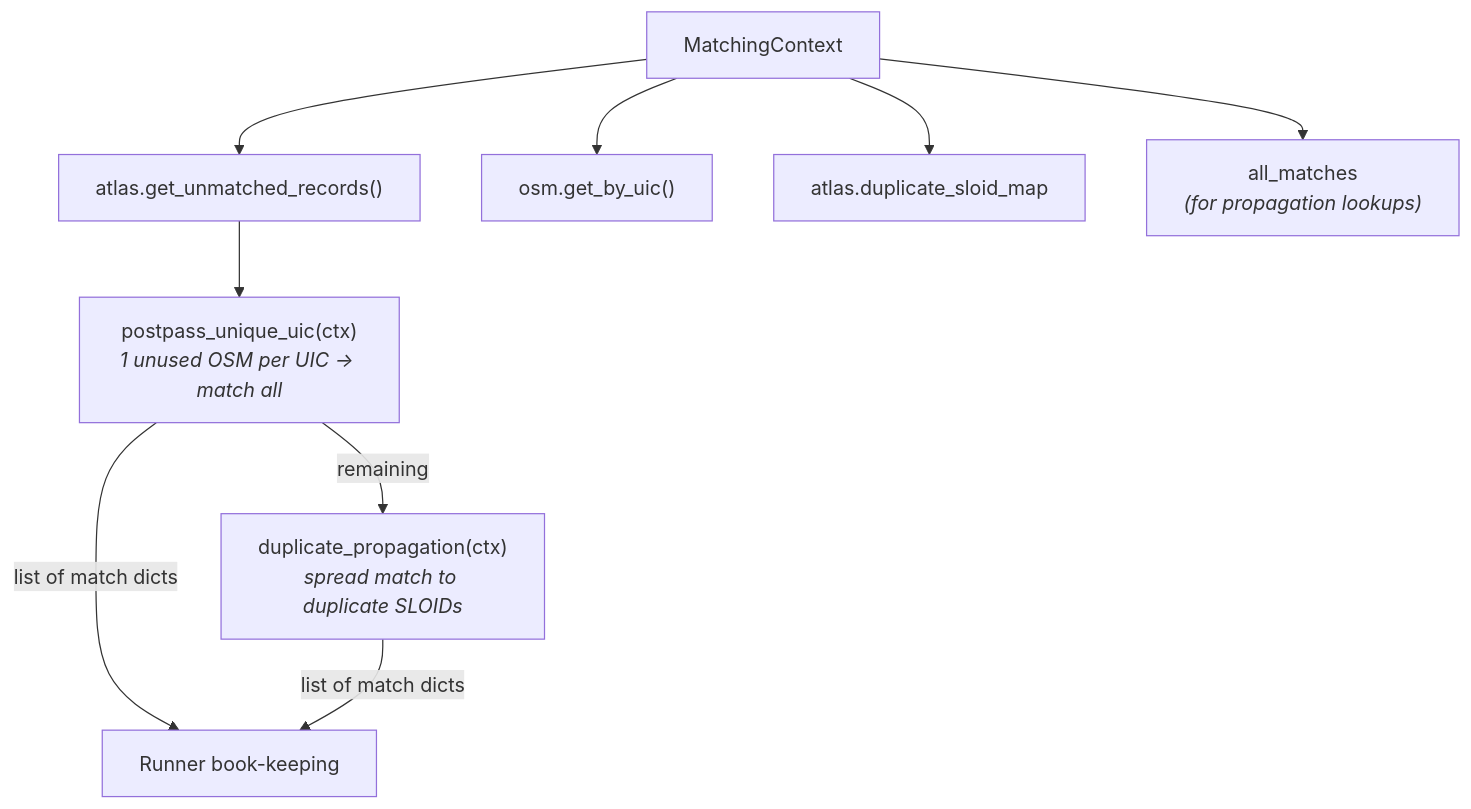
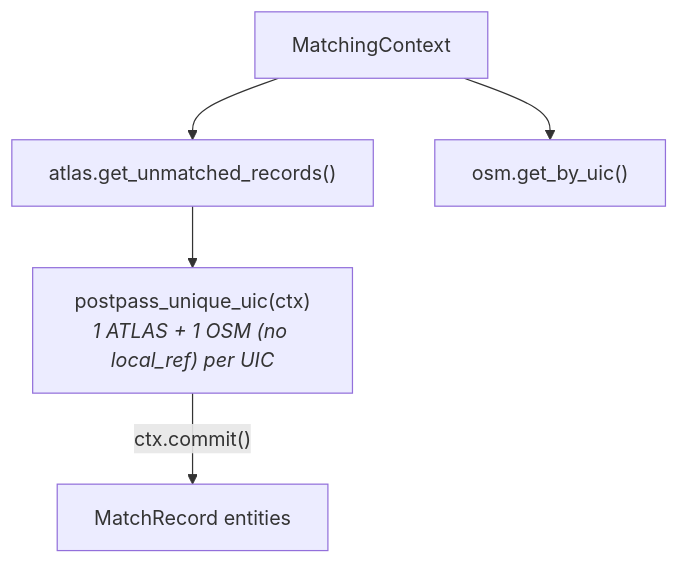
Before and after one commit to openTdataCH/stop_sync_osm_atlas: the diagram in documentation/2.5 Post-processing.md, drawn with Mermaid. The commit also changed other lines of this file and 66 other files, not shown here.

````diff
--- a/documentation/2.5 Post-processing.md
+++ b/documentation/2.5 Post-processing.md
@@ -5,12 +8,8 @@
 ```mermaid
 flowchart TB
     CTX["MatchingContext"] --> UA["atlas.get_unmatched_records()"]
     CTX --> OSM["osm.get_by_uic()"]
-    CTX --> DUP["atlas.duplicate_sloid_map"]
-    CTX --> AM["all_matches<br/><i>(for propagation lookups)</i>"]
 
-    UA --> P1["postpass_unique_uic(ctx)<br/><i>1 unused OSM per UIC → match all</i>"]
-    P1 -->|"list of match dicts"| R1["Runner book-keeping"]
-    P1 -->|remaining| P2["duplicate_propagation(ctx)<br/><i>spread match to duplicate SLOIDs</i>"]
-    P2 -->|"list of match dicts"| R1
+    UA --> P1["postpass_unique_uic(ctx)<br/><i>1 ATLAS + 1 OSM (no local_ref) per UIC</i>"]
+    P1 -->|"ctx.commit()"| R1["MatchRecord entities"]
 ```
````
